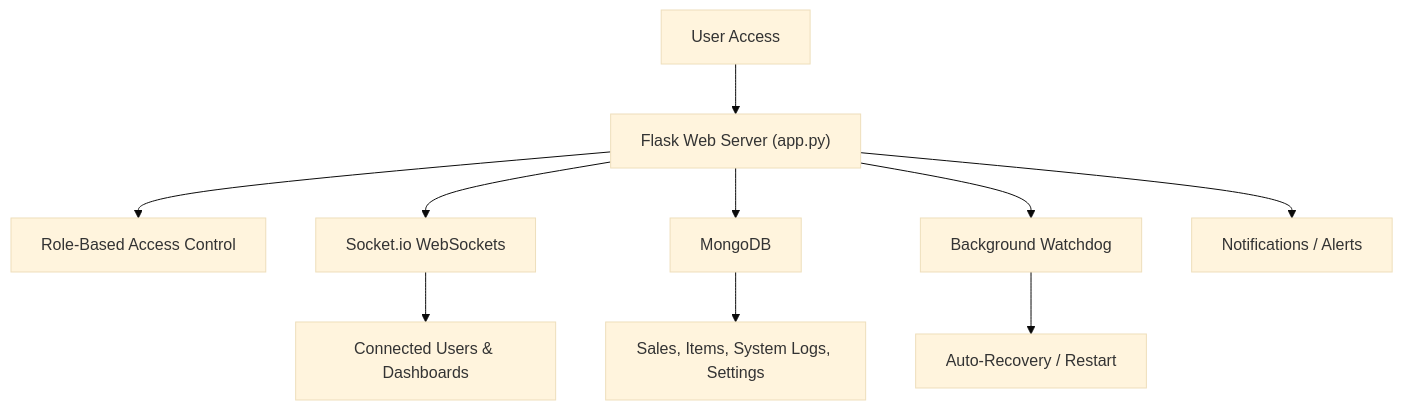
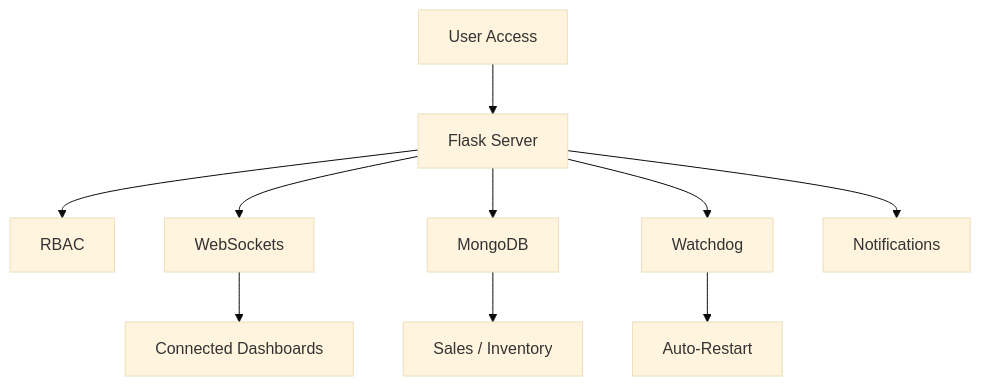
Before and after one commit to xpidersocial-byte/business-inventory-website: the diagram in README.md, drawn with Mermaid (base theme). The commit also changed 2 other files, not shown here.

Commit message:
Push latest profile README and start script updates; remove stale app_pid file

````diff
--- a/README.md
+++ b/README.md
@@ -10,12 +10,12 @@
 ```mermaid
 graph TD
-    A["User Access"] --> B["Flask Web Server (app.py)"]
-    B --> C["Role-Based Access Control"]
-    B --> D["Socket.io WebSockets"]
-    D --> E["Connected Users & Dashboards"]
-    B --> F["MongoDB"]
-    F --> G["Sales, Items, System Logs, Settings"]
-    B --> H["Background Watchdog"]
-    H --> I["Auto-Recovery / Restart"]
-    B --> J["Notifications / Alerts"]
+    UA[User Access] --> FS[Flask Server]
+    FS --> RB[RBAC]
+    FS --> WS[WebSockets]
+    WS --> CD[Connected Dashboards]
+    FS --> DB[MongoDB]
+    DB --> SI[Sales / Inventory]
+    FS --> WD[Watchdog]
+    WD --> AR[Auto-Restart]
+    FS --> NA[Notifications]
 ```
````
